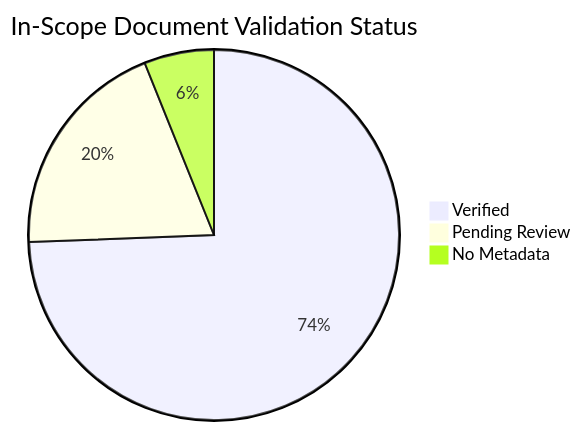
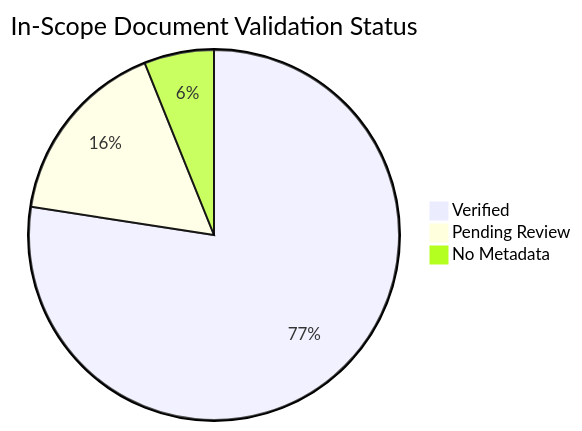
One commit to yeongseon/azure-container-apps-practical-guide changed the diagram in docs/reference/content-validation-status.md. Above: the diagram before and after it, drawn with Mermaid. The commit also changed other lines of this file, not shown here.

````diff
--- a/docs/reference/content-validation-status.md
+++ b/docs/reference/content-validation-status.md
@@ -25,6 +25,6 @@
 ```mermaid
 pie title In-Scope Document Validation Status
-    "Verified" : 122
-    "Pending Review" : 32
+    "Verified" : 127
+    "Pending Review" : 27
     "No Metadata" : 10
 ```
````
